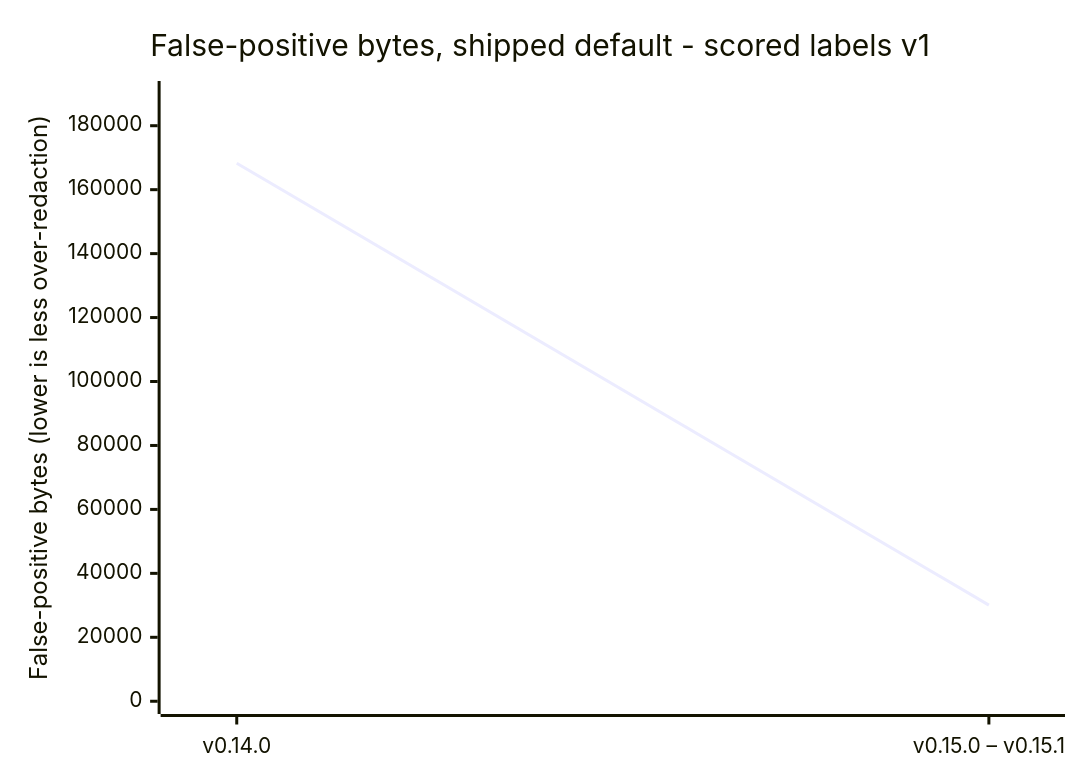
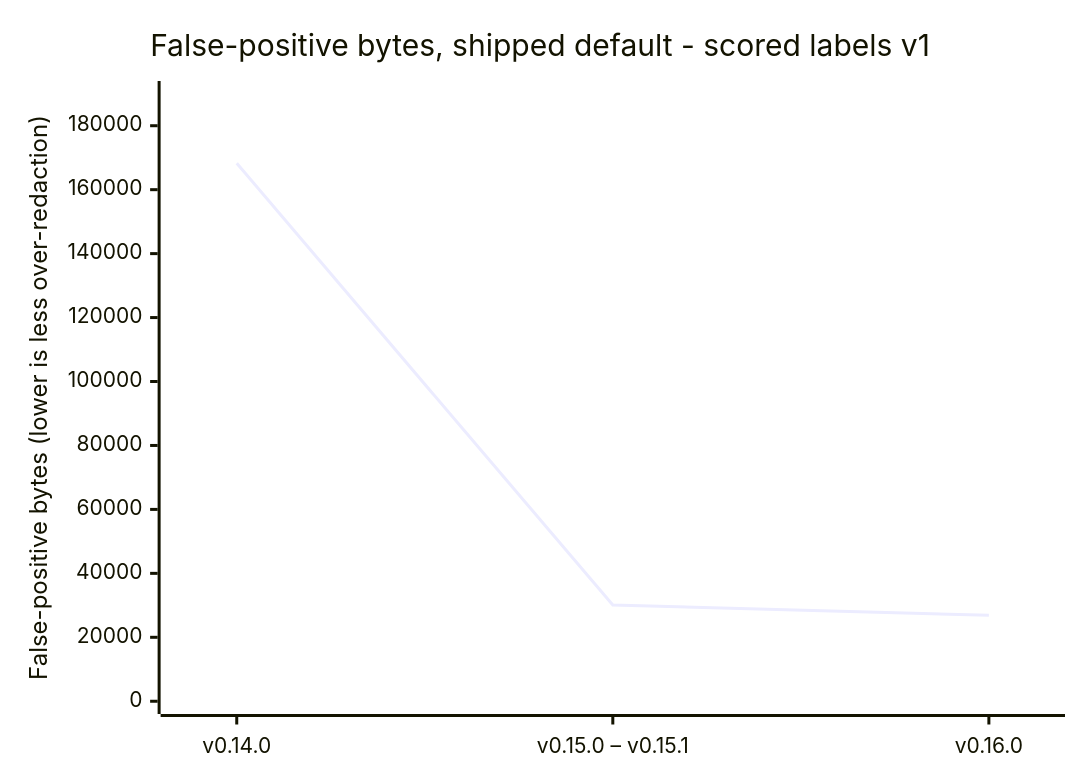
One commit to CertaMesh/gaze changed the ninth of 9 diagrams in docs/reference/benchmarks/README.md. Above: the diagram before and after it, drawn with Mermaid. The commit also changed other lines of this file and 7 other files, not shown here.

````diff
--- a/docs/reference/benchmarks/README.md
+++ b/docs/reference/benchmarks/README.md
@@ -534,7 +534,7 @@
 ```mermaid
 xychart-beta
     title "False-positive bytes, shipped default - scored labels v1"
-    x-axis ["v0.14.0", "v0.15.0 – v0.15.1"]
+    x-axis ["v0.14.0", "v0.15.0 – v0.15.1", "v0.16.0"]
     y-axis "False-positive bytes (lower is less over-redaction)" 0 --> 190000
-    line [168276, 30073]
+    line [168276, 30073, 26902]
 ```
````
